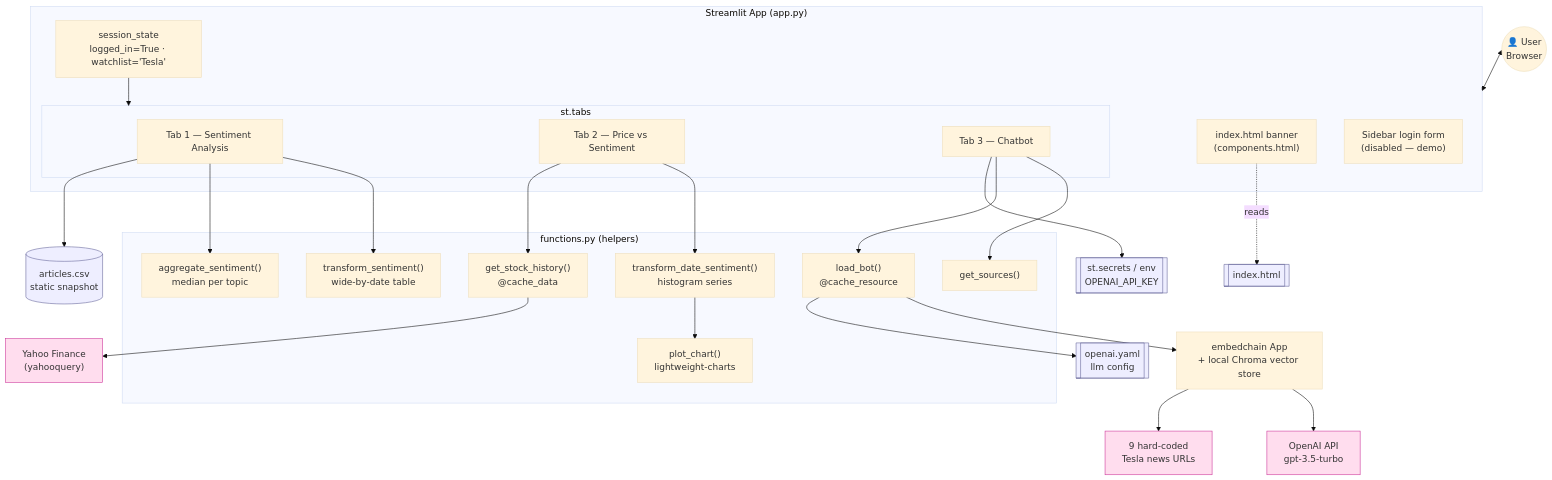
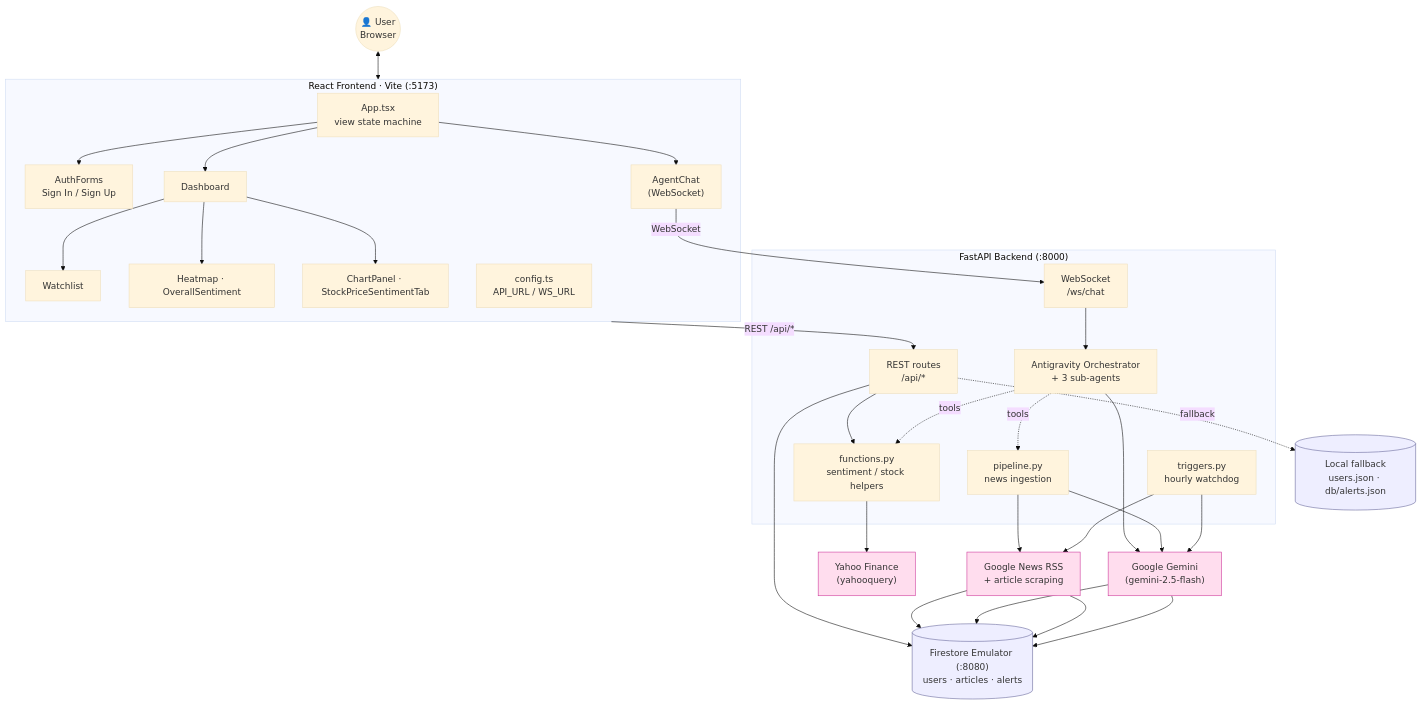
The first of 3 diagrams in ARCHITECTURE.md (mathamatigician/MarketWave), drawn with Mermaid (base theme) before and after one commit. The commit also changed other lines of this file and 16 other files, not shown here.

First line of the commit message:
docs: remove Streamlit references and rewrite architecture for React+FastAPI stack (#8)

````diff
--- a/ARCHITECTURE.md
+++ b/ARCHITECTURE.md
@@ -18,56 +24,54 @@
 ```mermaid
 flowchart TB
     user(("👤 User<br/>Browser"))
 
-    subgraph ST["Streamlit App (app.py)"]
-        header["index.html banner<br/>(components.html)"]
-        sidebar["Sidebar login form<br/>(disabled — demo)"]
-        state["session_state<br/>logged_in=True · watchlist='Tesla'"]
-
-        subgraph TABS["st.tabs"]
-            t1["Tab 1 — Sentiment Analysis"]
-            t2["Tab 2 — Price vs Sentiment"]
-            t3["Tab 3 — Chatbot"]
-        end
+    subgraph FE["React Frontend · Vite (:5173)"]
+        app["App.tsx<br/>view state machine"]
+        auth["AuthForms<br/>Sign In / Sign Up"]
+        dash["Dashboard"]
+        wl["Watchlist"]
+        hm["Heatmap · OverallSentiment"]
+        chart["ChartPanel · StockPriceSentimentTab"]
+        chat["AgentChat<br/>(WebSocket)"]
+        cfg["config.ts<br/>API_URL / WS_URL"]
     end
 
-    subgraph FN["functions.py (helpers)"]
-        agg["aggregate_sentiment()<br/>median per topic"]
-        trans["transform_sentiment()<br/>wide-by-date table"]
-        tds["transform_date_sentiment()<br/>histogram series"]
-        gsh["get_stock_history()<br/>@cache_data"]
-        plot["plot_chart()<br/>lightweight-charts"]
-        bot["load_bot()<br/>@cache_resource"]
-        src["get_sources()"]
+    subgraph BE["FastAPI Backend (:8000)"]
+        rest["REST routes<br/>/api/*"]
+        ws["WebSocket<br/>/ws/chat"]
+        orch["Antigravity Orchestrator<br/>+ 3 sub-agents"]
+        pipe["pipeline.py<br/>news ingestion"]
+        trig["triggers.py<br/>hourly watchdog"]
+        fn["functions.py<br/>sentiment / stock helpers"]
     end
 
-    csv[("articles.csv<br/>static snapshot")]
-    yaml[["openai.yaml<br/>llm config"]]
-    secrets[["st.secrets / env<br/>OPENAI_API_KEY"]]
+    fs[("Firestore Emulator (:8080)<br/>users · articles · alerts")]
+    localjson[("Local fallback<br/>users.json · db/alerts.json")]
 
-    yf["Yahoo Finance<br/>(yahooquery)"]
-    emb["embedchain App<br/>+ local Chroma vector store"]
-    openai["OpenAI API<br/>gpt-3.5-turbo"]
-    urls["9 hard-coded<br/>Tesla news URLs"]
+    gemini["Google Gemini<br/>(gemini-2.5-flash)"]
+    yahoo["Yahoo Finance<br/>(yahooquery)"]
+    gnews["Google News RSS<br/>+ article scraping"]
 
-    user <--> ST
-    header -.reads.-> idx[["index.html"]]
-    state --> TABS
+    user <--> FE
+    app --> auth & dash & chat
+    dash --> wl & hm & chart
+    FE -->|REST /api/*| rest
+    chat -->|WebSocket| ws
 
-    t1 --> csv
-    t1 --> agg & trans
-    t2 --> gsh --> yf
-    t2 --> tds --> plot
-    t3 --> secrets
-    t3 --> bot
-    bot --> yaml
-    bot --> emb
-    emb --> urls
-    emb --> openai
-    t3 --> src
+    rest --> fs
+    rest --> fn
+    fn --> yahoo
+    rest -. fallback .-> localjson
+
+    ws --> orch
+    orch --> gemini
+    orch -. tools .-> pipe & fn
+
+    pipe --> gnews & gemini --> fs
+    trig --> gnews & gemini --> fs
 
     classDef ext fill:#fde,stroke:#c39;
     classDef data fill:#eef,stroke:#669;
-    class yf,openai,urls ext;
-    class csv,yaml,secrets,idx data;
+    class gemini,yahoo,gnews ext;
+    class fs,localjson data;
 ```
````
